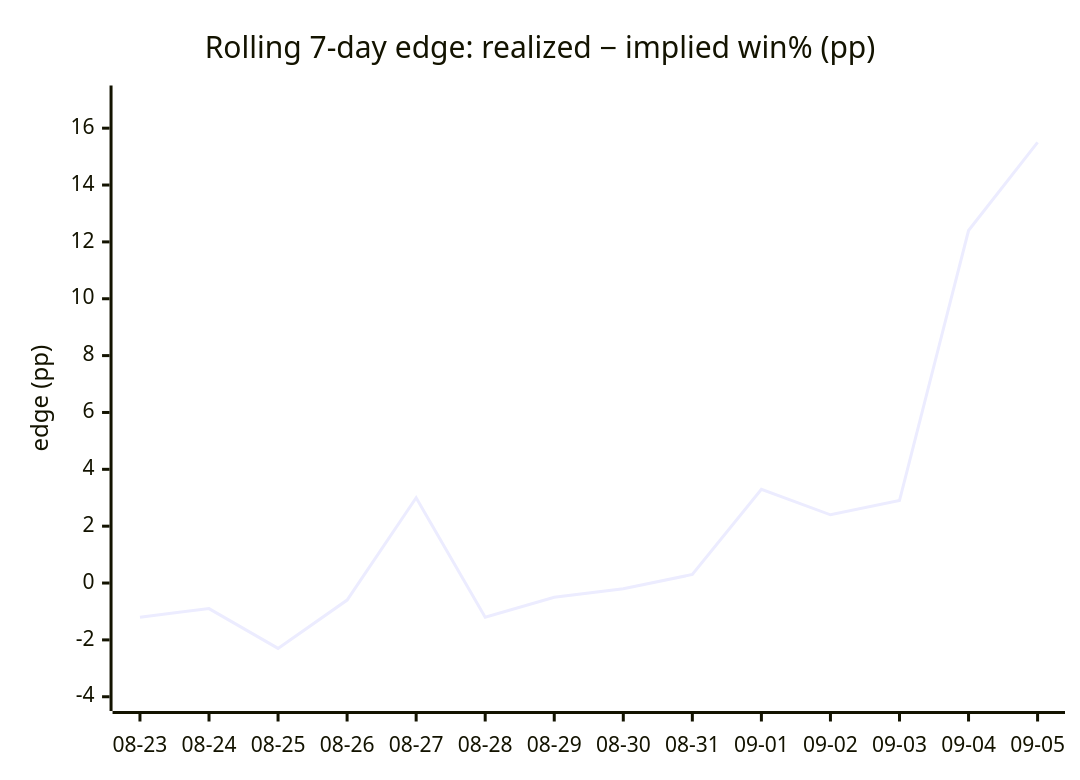
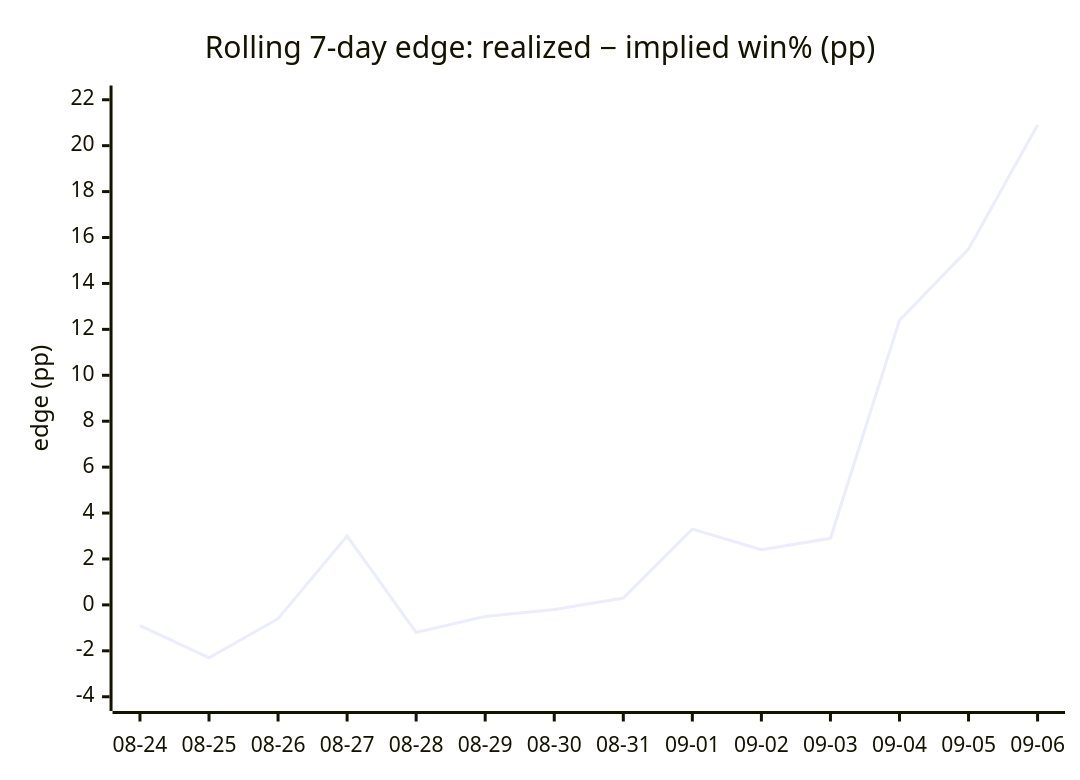
The fourth of 4 diagrams in DAILY_AGSU_REPORT.md (dpk1212/nhl-savant), drawn with Mermaid before and after one commit. The commit also changed other lines of this file, not shown here.

````diff
--- a/DAILY_AGSU_REPORT.md
+++ b/DAILY_AGSU_REPORT.md
@@ -872,7 +864,7 @@
 ```mermaid
 xychart-beta
     title "Rolling 7-day edge: realized − implied win% (pp)"
-    x-axis ["08-23", "08-24", "08-25", "08-26", "08-27", "08-28", "08-29", "08-30", "08-31", "09-01", "09-02", "09-03", "09-04", "09-05"]
-    y-axis "edge (pp)" -4 --> 17
-    line [-1.2, -0.9, -2.3, -0.6, 3, -1.2, -0.5, -0.2, 0.3, 3.3, 2.4, 2.9, 12.4, 15.5]
+    x-axis ["08-24", "08-25", "08-26", "08-27", "08-28", "08-29", "08-30", "08-31", "09-01", "09-02", "09-03", "09-04", "09-05", "09-06"]
+    y-axis "edge (pp)" -4 --> 22
+    line [-0.9, -2.3, -0.6, 3, -1.2, -0.5, -0.2, 0.3, 3.3, 2.4, 2.9, 12.4, 15.5, 20.9]
 ```
````
